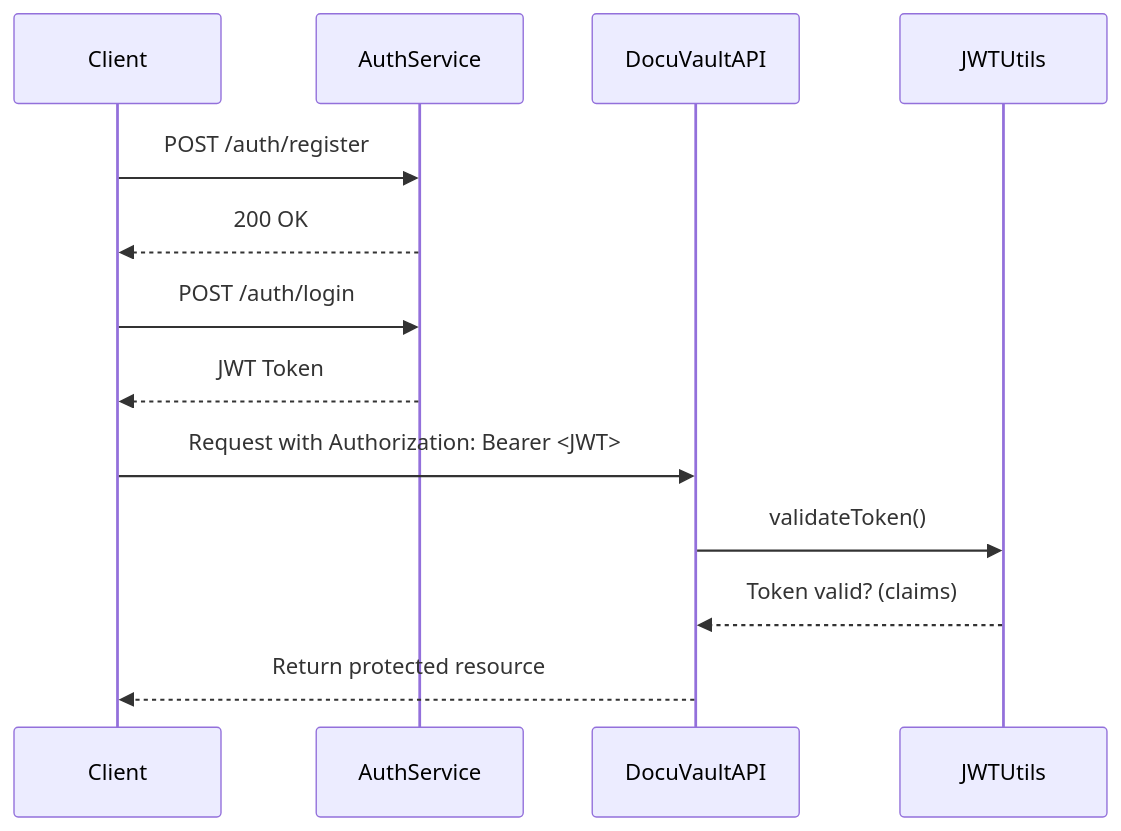
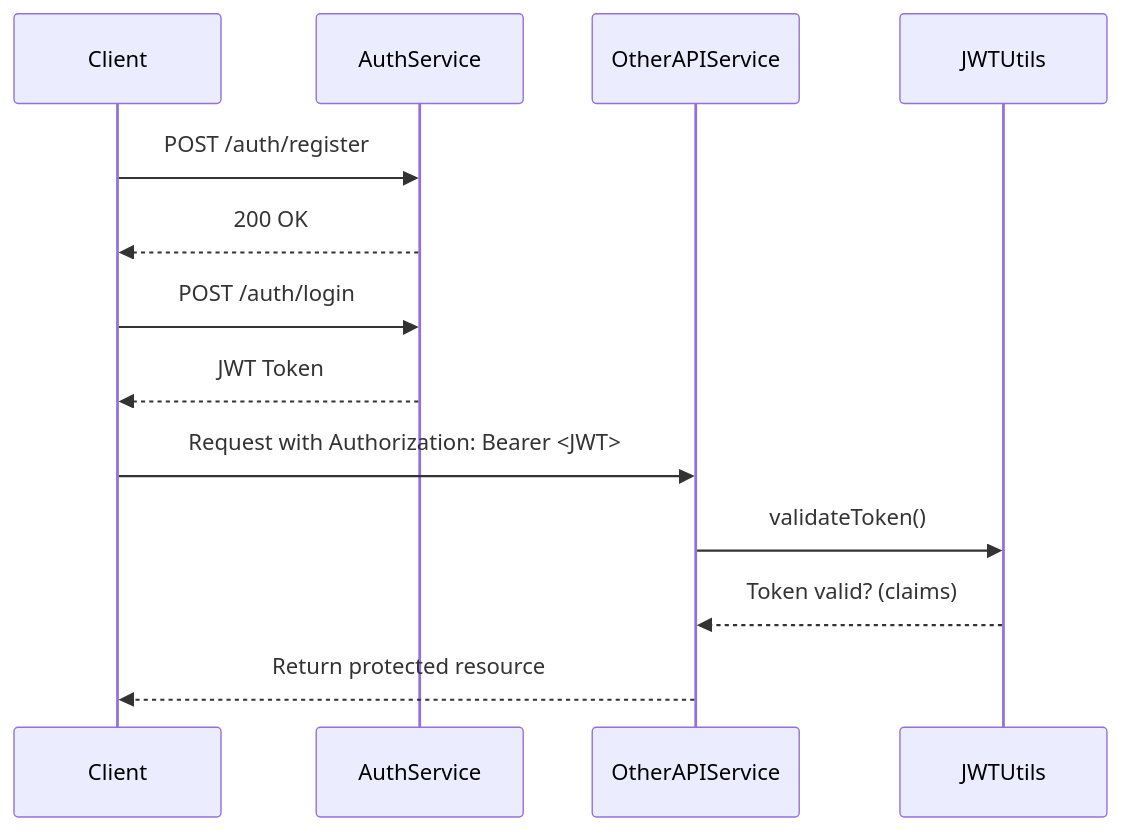
One commit to jack-fajardo/auth-service changed the diagram in README.md. Above: the diagram before and after it, drawn with Mermaid. The commit also changed other lines of this file, not shown here.

Commit message:
updated readme file

````diff
--- a/README.md
+++ b/README.md
@@ -155,17 +157,17 @@
 ```mermaid
 sequenceDiagram
     participant Client
     participant AuthService
-    participant DocuVaultAPI
+    participant OtherAPIService
 
     Client->>AuthService: POST /auth/register
     AuthService-->>Client: 200 OK
 
     Client->>AuthService: POST /auth/login
     AuthService-->>Client: JWT Token
 
-    Client->>DocuVaultAPI: Request with Authorization: Bearer <JWT>
-    DocuVaultAPI->>JWTUtils: validateToken()
-    JWTUtils-->>DocuVaultAPI: Token valid? (claims)
-    DocuVaultAPI-->>Client: Return protected resource
+    Client->>OtherAPIService: Request with Authorization: Bearer <JWT>
+    OtherAPIService->>JWTUtils: validateToken()
+    JWTUtils-->>OtherAPIService: Token valid? (claims)
+    OtherAPIService-->>Client: Return protected resource
 ```
````
